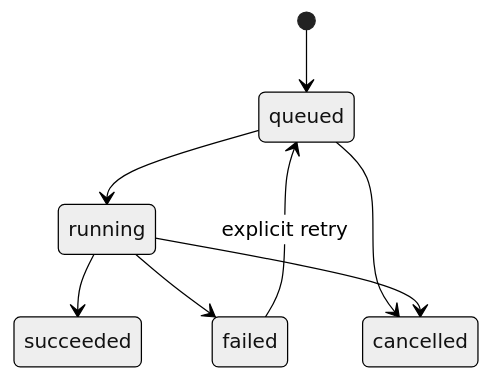
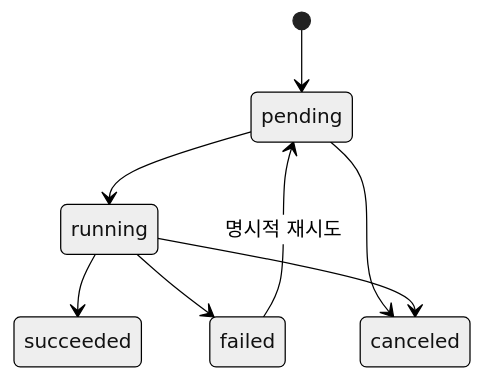
Before and after one commit to DohaStudio/DohaVocal: the diagram in docs/08-runtime/job-lifecycle.md, drawn with Mermaid (neutral theme). The commit also changed other lines of this file and 39 other files, not shown here.

````diff
--- a/docs/08-runtime/job-lifecycle.md
+++ b/docs/08-runtime/job-lifecycle.md
@@ -7,10 +7,10 @@
 ```mermaid
 stateDiagram-v2
-    [*] --> queued
-    queued --> running
-    queued --> cancelled
+    [*] --> pending
+    pending --> running
+    pending --> canceled
     running --> succeeded
     running --> failed
-    running --> cancelled
-    failed --> queued: explicit retry
+    running --> canceled
+    failed --> pending: 명시적 재시도
 ```
````
